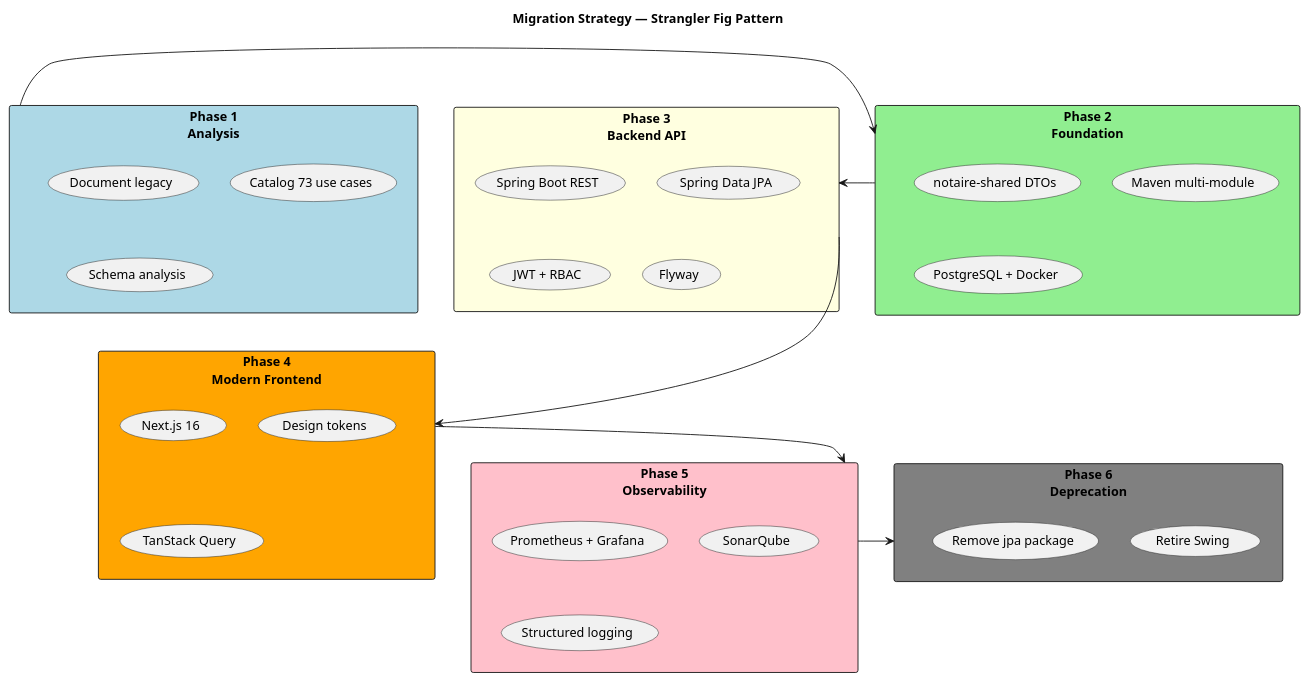
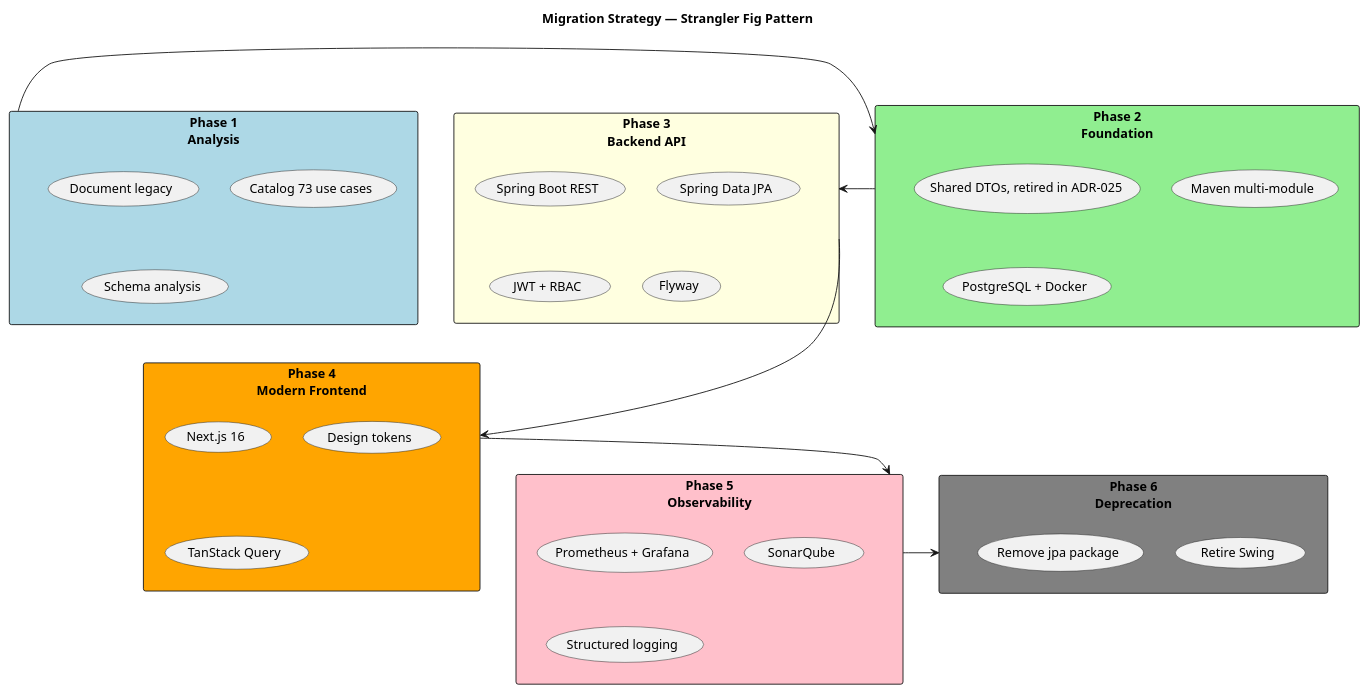
One commit to matiaspakua/notaire changed the third of 13 diagrams in docs/200-architecture/201-SAD/sad.md. Above: the diagram before and after it, drawn with PlantUML. The commit also changed other lines of this file and 117 other files, not shown here.

First line of the commit message:
[#1255] refactor(build): deprecate notaire-shared; backend-api owns its DTOs (#1278)

````diff
--- a/docs/200-architecture/201-SAD/sad.md
+++ b/docs/200-architecture/201-SAD/sad.md
@@ -188,47 +188,47 @@
 ```plantuml
 @startuml
 title Migration Strategy — Strangler Fig Pattern
 
 rectangle "Phase 1\nAnalysis" #LightBlue {
   (Document legacy)
   (Catalog 73 use cases)
   (Schema analysis)
 }
 
 rectangle "Phase 2\nFoundation" #LightGreen {
-  (notaire-shared DTOs)
+  (Shared DTOs, retired in ADR-025)
   (Maven multi-module)
   (PostgreSQL + Docker)
 }
 
 rectangle "Phase 3\nBackend API" #LightYellow {
   (Spring Boot REST)
   (Spring Data JPA)
   (JWT + RBAC)
   (Flyway)
 }
 
 rectangle "Phase 4\nModern Frontend" #Orange {
   (Next.js 16)
   (Design tokens)
   (TanStack Query)
 }
 
 rectangle "Phase 5\nObservability" #Pink {
   (Prometheus + Grafana)
   (SonarQube)
   (Structured logging)
 }
 
 rectangle "Phase 6\nDeprecation" #Gray {
   (Retire Swing)
   (Remove jpa package)
 }
 
 "Phase 1\nAnalysis" -right-> "Phase 2\nFoundation"
 "Phase 2\nFoundation" -right-> "Phase 3\nBackend API"
 "Phase 3\nBackend API" -right-> "Phase 4\nModern Frontend"
 "Phase 4\nModern Frontend" -down-> "Phase 5\nObservability"
 "Phase 5\nObservability" -left-> "Phase 6\nDeprecation"
 @enduml
 ```
````
